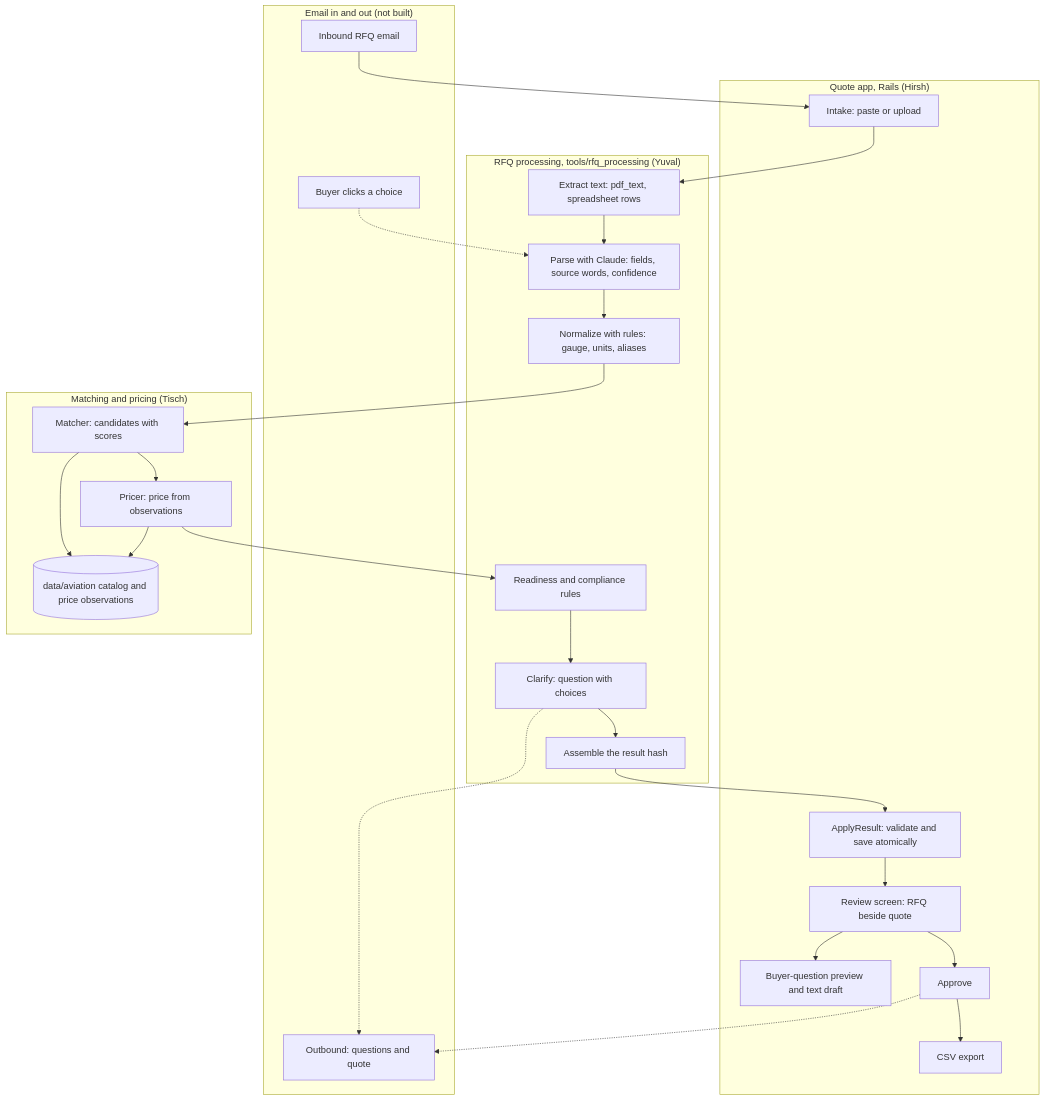
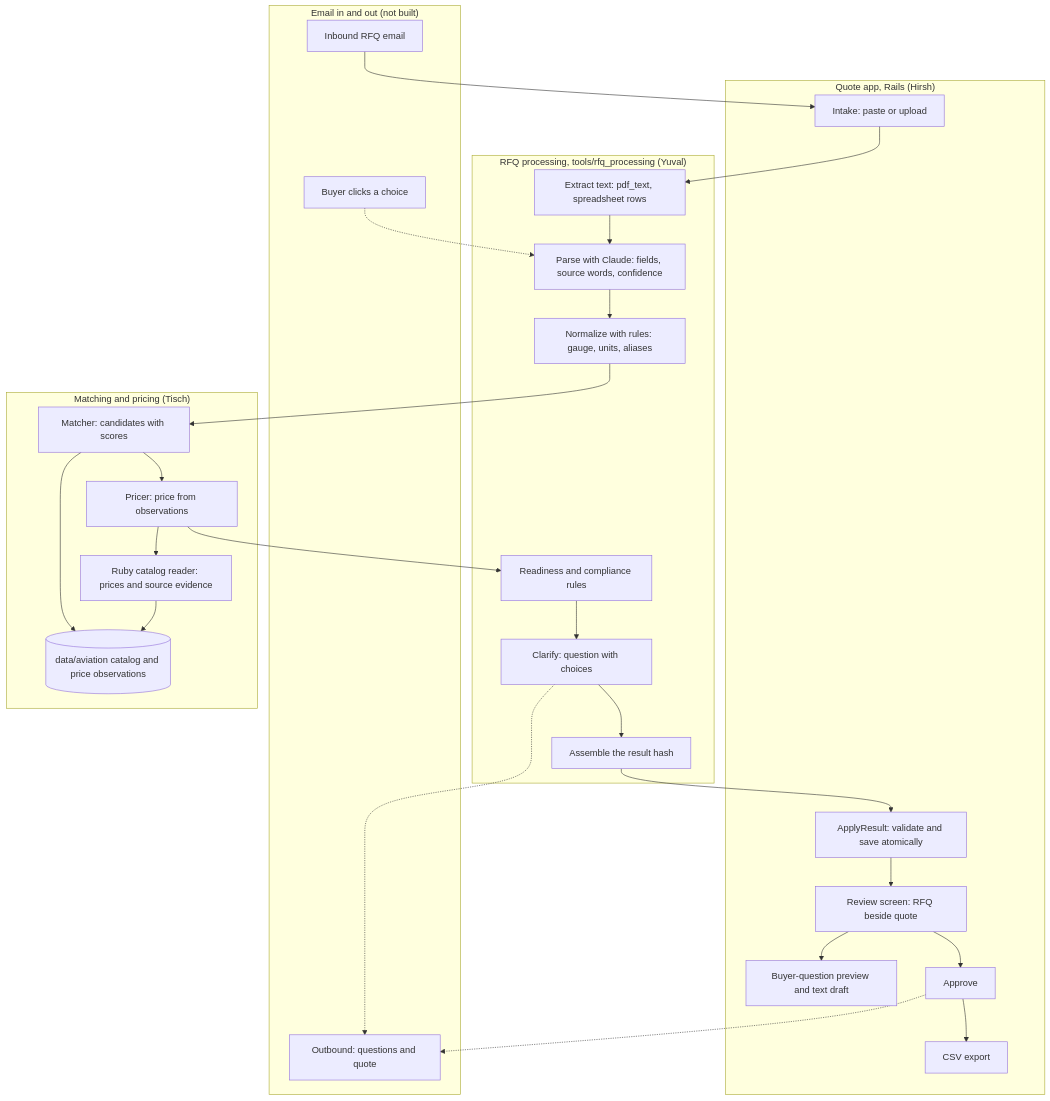
One commit to kenxle/columbia-startup-lab-get-hired-hack changed the diagram in docs/ARCHITECTURE.md. Above: the diagram before and after it, drawn with Mermaid. The commit also changed other lines of this file and 19 other files, not shown here.

Commit message:
Expand aviation catalog to 500 sourced items and add Ruby reader

````diff
--- a/docs/ARCHITECTURE.md
+++ b/docs/ARCHITECTURE.md
@@ -20,41 +20,42 @@
 ```mermaid
 flowchart TD
     subgraph EMAIL["Email in and out (not built)"]
         IN["Inbound RFQ email"]
         OUT["Outbound: questions and quote"]
         CLICK["Buyer clicks a choice"]
     end
     subgraph APP["Quote app, Rails (Hirsh)"]
         INTAKE["Intake: paste or upload"]
         APPLY["ApplyResult: validate and save atomically"]
         REVIEW["Review screen: RFQ beside quote"]
         QUESTIONS["Buyer-question preview and text draft"]
         APPROVE["Approve"]
         EXPORT["CSV export"]
     end
     subgraph PROC["RFQ processing, tools/rfq_processing (Yuval)"]
         EXTRACT["Extract text: pdf_text, spreadsheet rows"]
         PARSE["Parse with Claude: fields, source words, confidence"]
         NORM["Normalize with rules: gauge, units, aliases"]
         READY["Readiness and compliance rules"]
         CLARIFY["Clarify: question with choices"]
         ASSEMBLE["Assemble the result hash"]
     end
     subgraph MATCH["Matching and pricing (Tisch)"]
         MATCHER["Matcher: candidates with scores"]
         PRICER["Pricer: price from observations"]
+        READER["Ruby catalog reader: prices and source evidence"]
         CATALOG[("data/aviation catalog and price observations")]
     end
     IN --> INTAKE
     INTAKE --> EXTRACT
     EXTRACT --> PARSE --> NORM --> MATCHER
     MATCHER --> CATALOG
-    PRICER --> CATALOG
+    PRICER --> READER --> CATALOG
     MATCHER --> PRICER --> READY
     READY --> CLARIFY --> ASSEMBLE --> APPLY
     APPLY --> REVIEW --> APPROVE --> EXPORT
     REVIEW --> QUESTIONS
     CLARIFY -.-> OUT
     CLICK -.-> PARSE
     APPROVE -.-> OUT
 ```
````
